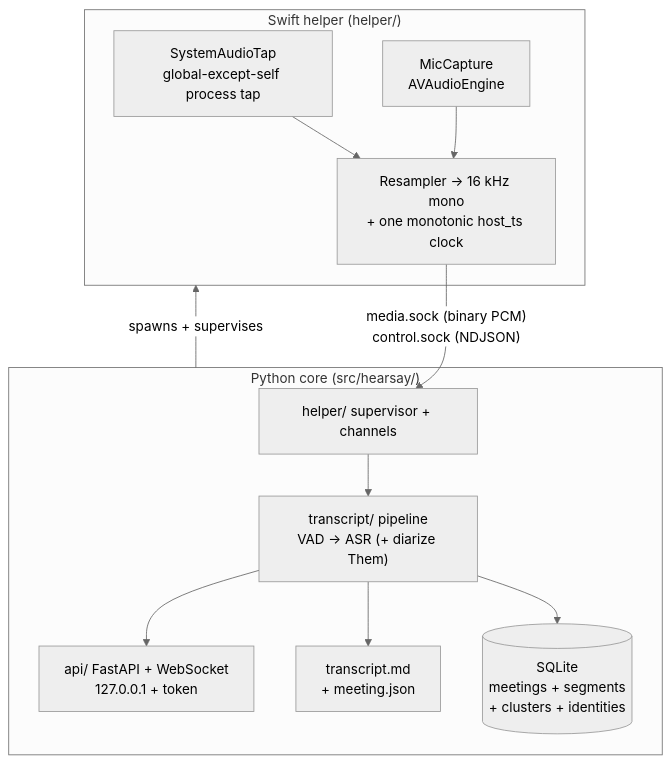
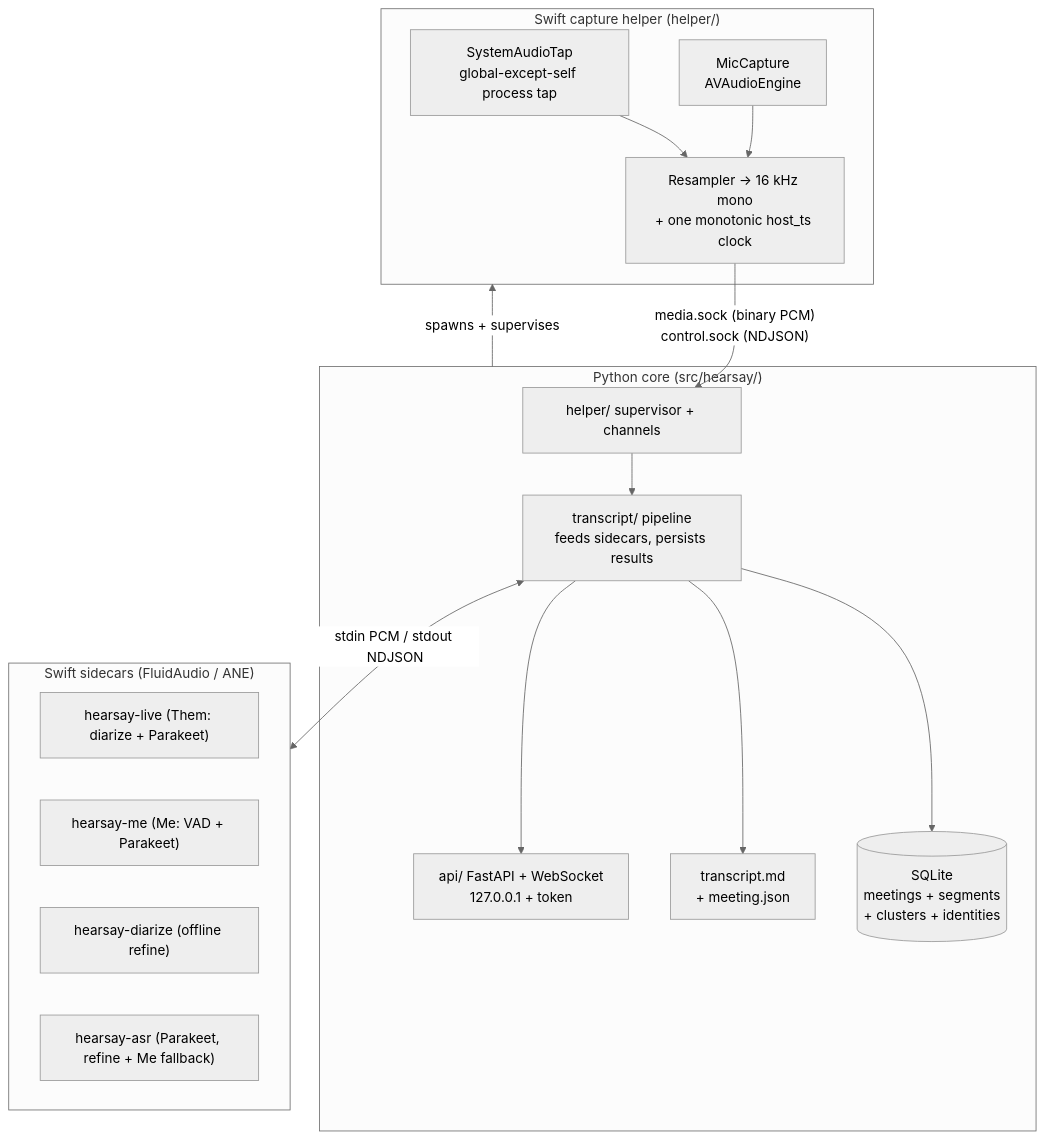
The diagram in docs/architecture.md (rwiseman87/hearsay), drawn with Mermaid (neutral theme) before and after one commit. The commit also changed other lines of this file and 3 other files, not shown here.

First line of the commit message:
docs: rewrite architecture/pipeline/dev/api docs for the Swift sidecar pivot

````diff
--- a/docs/architecture.md
+++ b/docs/architecture.md
@@ -19,22 +24,29 @@
 ```mermaid
 flowchart TB
-  subgraph Helper["Swift helper (helper/)"]
+  subgraph Helper["Swift capture helper (helper/)"]
     Tap["SystemAudioTap\nglobal-except-self process tap"]
     Mic["MicCapture\nAVAudioEngine"]
     Rs["Resampler -> 16 kHz mono\n+ one monotonic host_ts clock"]
     Tap --> Rs
     Mic --> Rs
   end
+  subgraph Side["Swift sidecars (FluidAudio / ANE)"]
+    SL["hearsay-live (Them: diarize + Parakeet)"]
+    SMe["hearsay-me (Me: VAD + Parakeet)"]
+    SD["hearsay-diarize (offline refine)"]
+    SA["hearsay-asr (Parakeet, refine + Me fallback)"]
+  end
   subgraph Core["Python core (src/hearsay/)"]
     Sup["helper/ supervisor + channels"]
-    Pipe["transcript/ pipeline\nVAD -> ASR (+ diarize Them)"]
+    Pipe["transcript/ pipeline\nfeeds sidecars, persists results"]
     DB[("SQLite\nmeetings + segments\n+ clusters + identities")]
     MD["transcript.md\n+ meeting.json"]
     API["api/ FastAPI + WebSocket\n127.0.0.1 + token"]
     Sup --> Pipe --> DB
     Pipe --> MD
     Pipe --> API
   end
   Rs -- "media.sock (binary PCM)\ncontrol.sock (NDJSON)" --> Sup
+  Pipe <-- "stdin PCM / stdout NDJSON" --> Side
   Core -- "spawns + supervises" --> Helper
 ```
````
